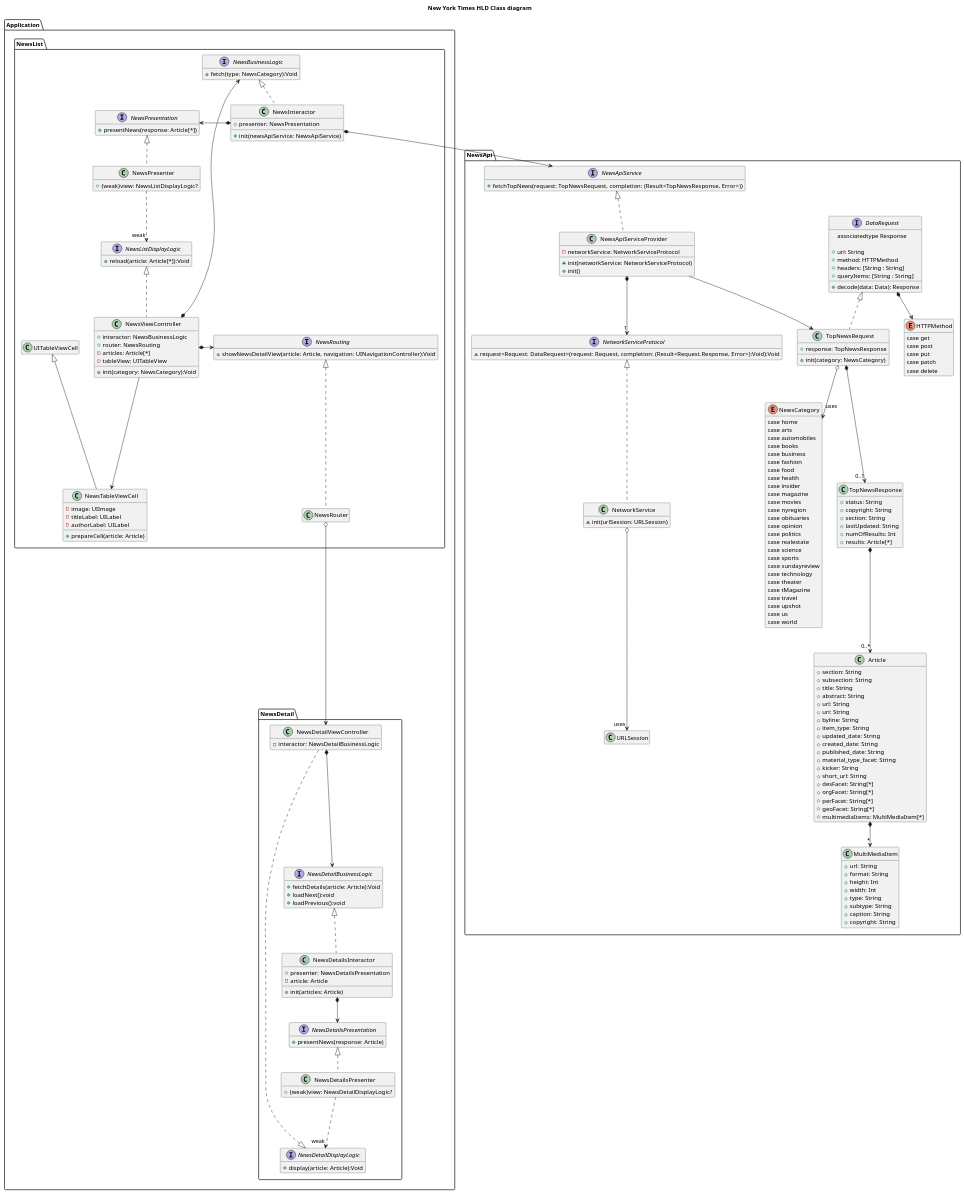
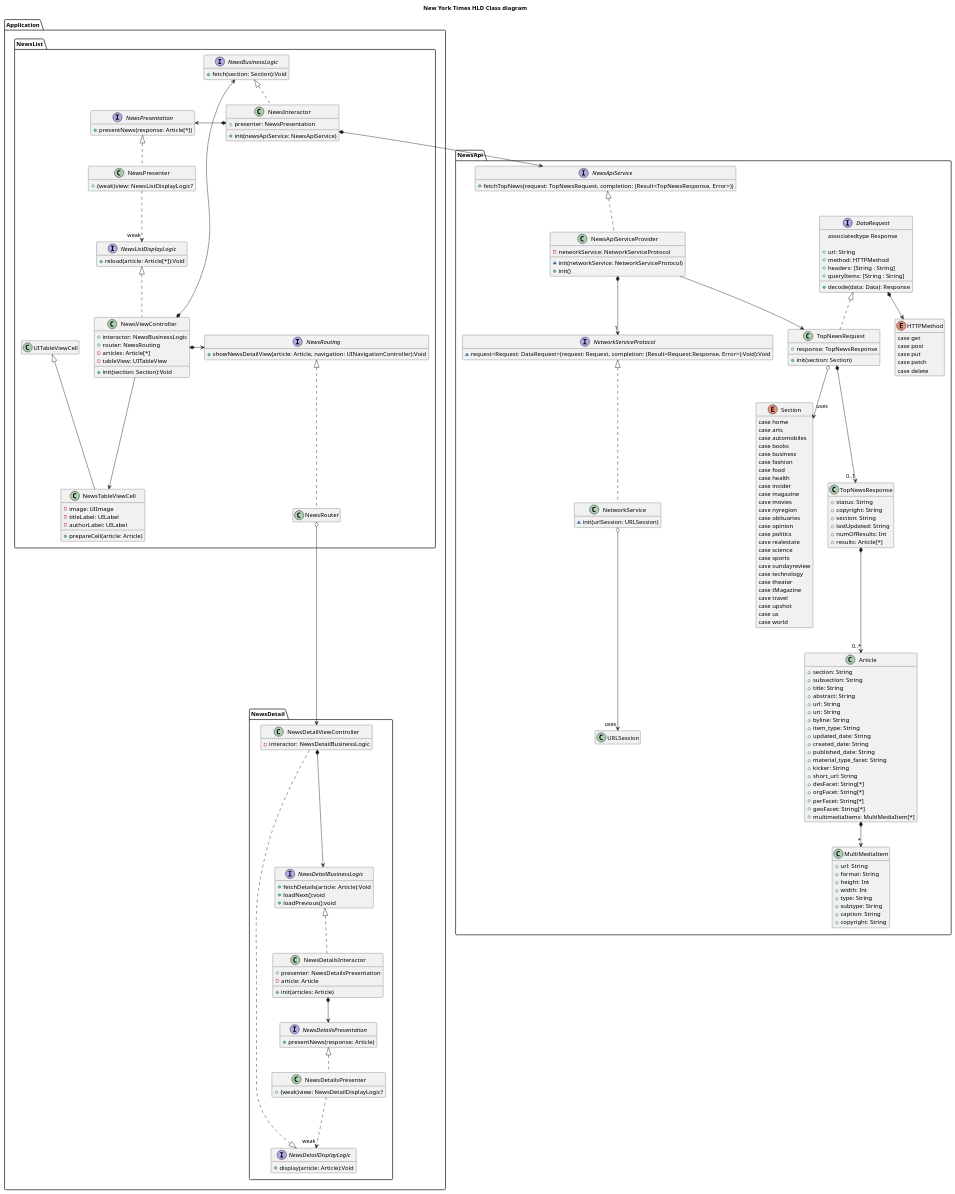
One commit to balajiiosdev/NYTimesNews changed the diagram in Design-HLD.iuml. Above: the diagram before and after it, drawn with PlantUML. The commit also changed 4 other files, not shown here.

First line of the commit message:
TopNewsRequest is updated with Section

```diff
--- a/Design-HLD.iuml
+++ b/Design-HLD.iuml
@@ -33,7 +33,7 @@
 
     class TopNewsRequest {
         +response: TopNewsResponse
-        +init(category: NewsCategory)
+        +init(section: Section)
     }
 
     class TopNewsResponse {
@@ -88,7 +88,7 @@
         +copyright: String
     }
 
-    enum NewsCategory {
+    enum Section {
         case home
         case arts
         case automobiles
@@ -121,7 +121,7 @@
     DataRequest <|.. TopNewsRequest
     DataRequest *--> HTTPMethod
     TopNewsRequest *--> "0..1" TopNewsResponse
-    TopNewsRequest o--> "uses" NewsCategory
+    TopNewsRequest o--> "uses" Section
     TopNewsResponse *--> "0..*" Article
     NetworkServiceProtocol <|.. NetworkService
     NetworkService o-down-> "uses" URLSession
@@ -137,7 +137,7 @@
             +router: NewsRouting
             -articles: Article[*]
             -tableView: UITableView
-            +init(category: NewsCategory):Void
+            +init(section: Section):Void
         }
 
         class NewsTableViewCell extends UITableViewCell {
@@ -152,7 +152,7 @@
         }
 
         interface NewsBusinessLogic {
-            +fetch(type: NewsCategory):Void
+            +fetch(section: Section):Void
         }
 
         class NewsInteractor {
```
